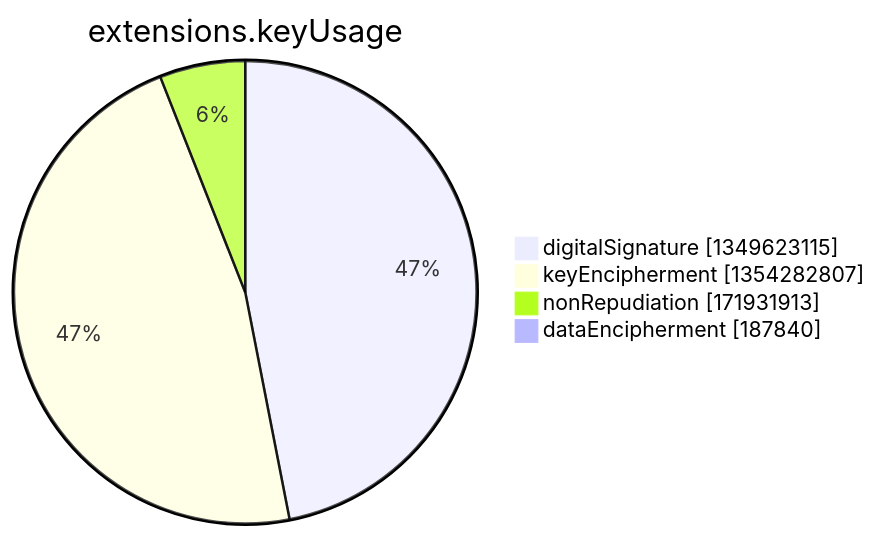
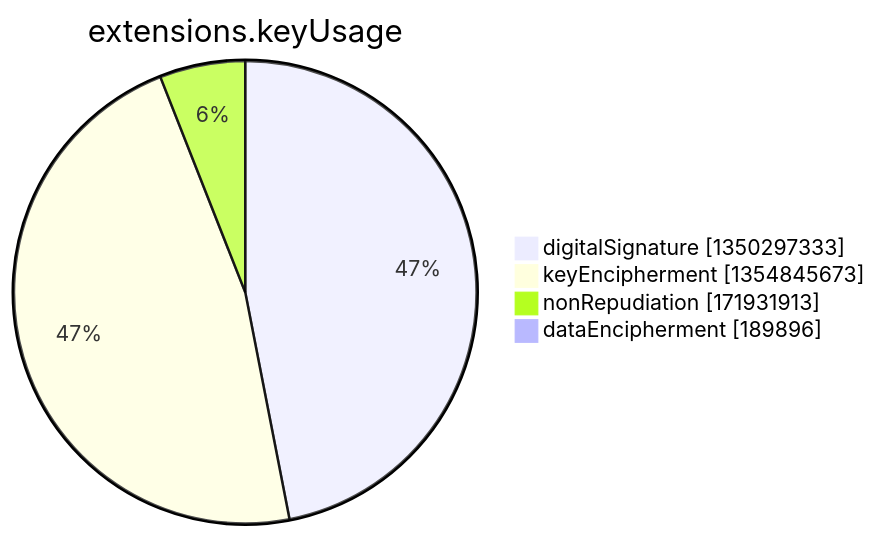
One commit to christiankrug/ctmonitor_visualization changed the seventh of 15 diagrams in argon2022/README.md. Above: the diagram before and after it, drawn with Mermaid. The commit also changed other lines of this file, not shown here.

````diff
--- a/argon2022/README.md
+++ b/argon2022/README.md
@@ -2750,8 +2750,8 @@
 ```mermaid
 pie showData
 title extensions.keyUsage
-"digitalSignature" :1349623115
-"keyEncipherment" :1354282807
+"digitalSignature" :1350297333
+"keyEncipherment" :1354845673
 "nonRepudiation" :171931913
-"dataEncipherment" :187840
+"dataEncipherment" :189896
 ```
````
